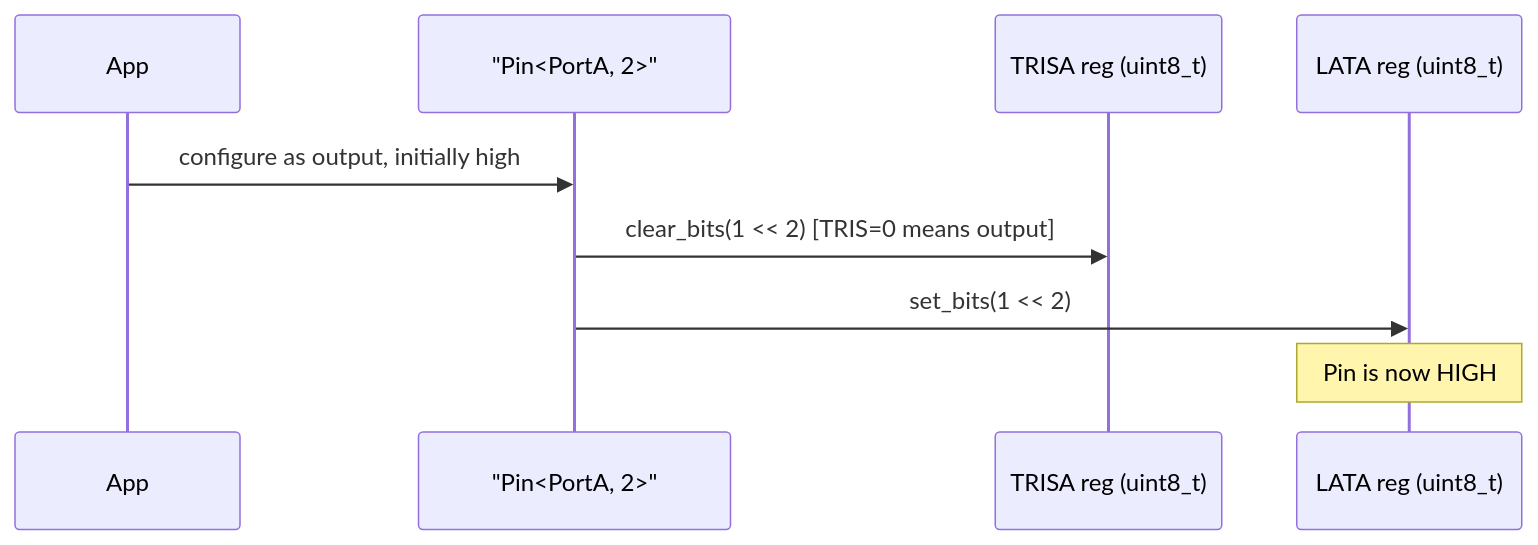
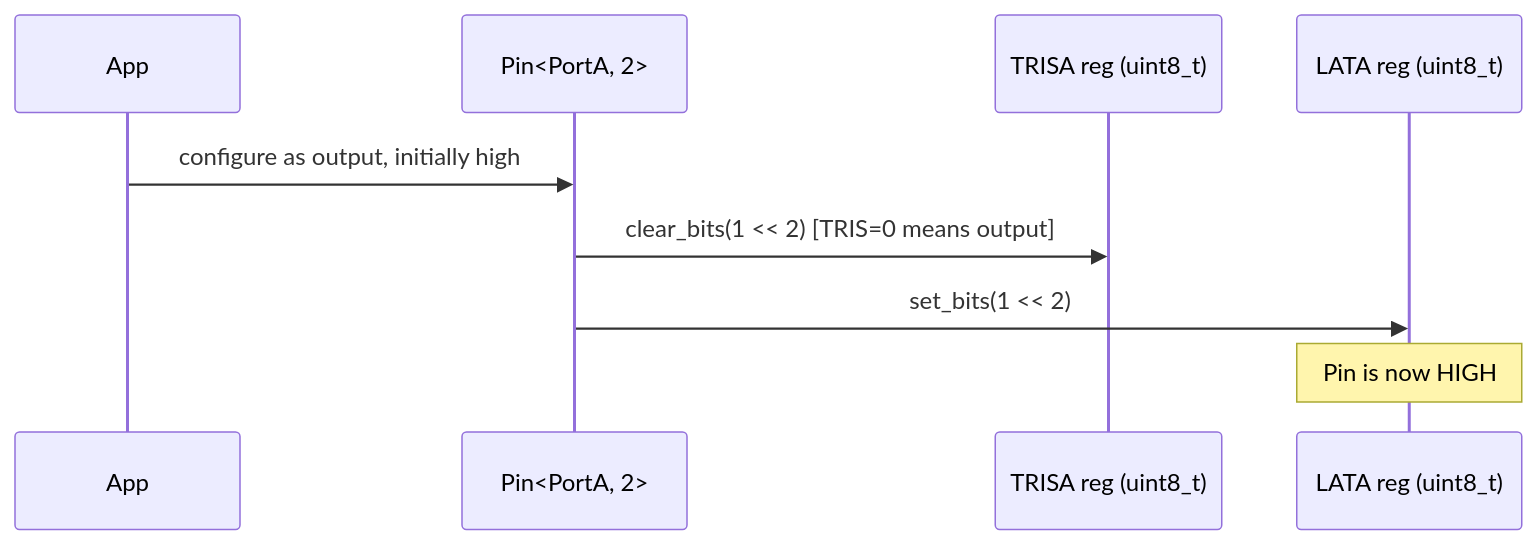
Before and after one commit to grahame-org/ohal: diagram 11 of 13 in docs/plan.md, drawn with Mermaid. The commit also changed other lines of this file and 2 other files, not shown here.

Commit message:
docs: use literal angle brackets in mermaid sequence diagram participant labels
Agent-Logs-Url: https://github.com/grahame-org/ohal/sessions/839ec375-47ab-43ea-954d-79949b29867e

````diff
--- a/docs/plan.md
+++ b/docs/plan.md
@@ -559,12 +559,12 @@
 ```mermaid
 sequenceDiagram
     participant App
-    participant Pin as "Pin#lt;PortA, 2#gt;"
+    participant Pin as Pin<PortA, 2>
     participant TRISA as TRISA reg (uint8_t)
     participant LATA as LATA reg (uint8_t)
 
     App->>Pin: configure as output, initially high
     Pin->>TRISA: clear_bits(1 << 2) [TRIS=0 means output]
     Pin->>LATA: set_bits(1 << 2)
     Note over LATA: Pin is now HIGH
 ```
````
